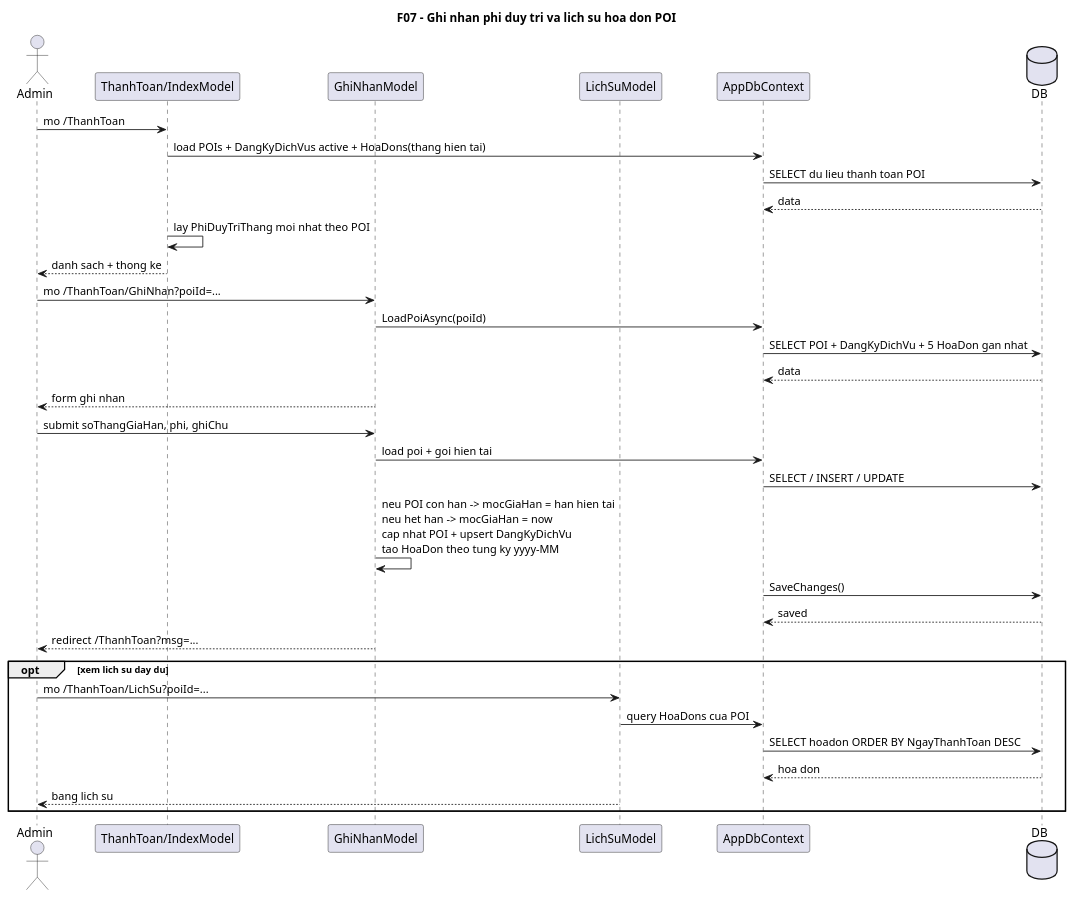
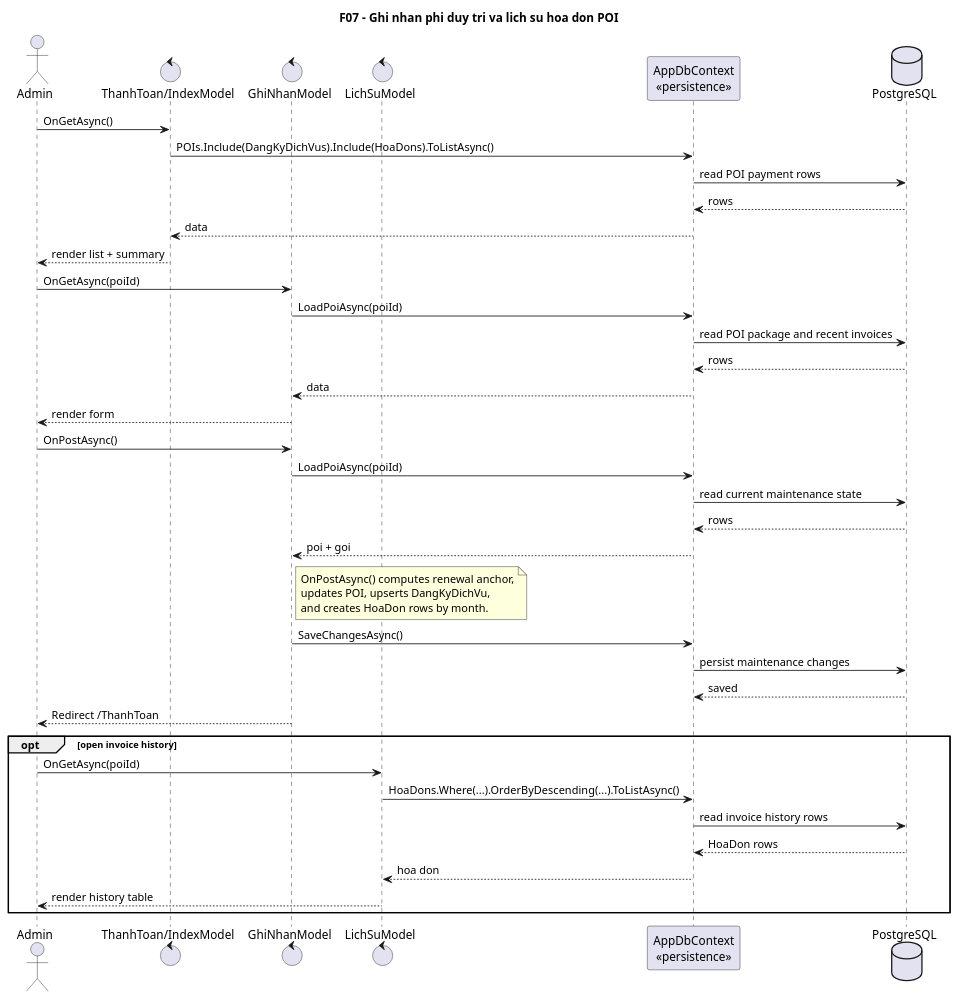
One commit to VoBao182/PhoAmThuc changed the diagram in docs/diagrams/07-maintenance-payment-sequence.puml. Above: the diagram before and after it, drawn with PlantUML. The commit also changed 29 other files, not shown here.

```diff
--- a/docs/diagrams/07-maintenance-payment-sequence.puml
+++ b/docs/diagrams/07-maintenance-payment-sequence.puml
@@ -1,47 +1,57 @@
 @startuml
 ' Diagram: F07 - Ghi nhan phi duy tri va lich su hoa don POI (Sequence)
 ' Status: VERIFIED
-' Baseline: branch master, current worktree @ HEAD 8ed8643
+' Baseline: branch master, current worktree @ HEAD 0121e4f
 ' Source:
 ' - VinhKhanhTour.CMS/Pages/ThanhToan/Index.cshtml.cs: OnGetAsync()
 ' - VinhKhanhTour.CMS/Pages/ThanhToan/GhiNhan.cshtml.cs: OnGetAsync(), OnPostAsync(), LoadPoiAsync()
 ' - VinhKhanhTour.CMS/Pages/ThanhToan/LichSu.cshtml.cs: OnGetAsync()
-' Note: Sequence mo ta chi tiet luong Razor PageModel hien tai, gom moc gia han, upsert DangKyDichVu, va tao HoaDon theo tung thang; khong suy dien them PaymentController du phong.
+' Note: Sequence mo ta luong Razor PageModel o cap method + persistence, khong liet ke cau SQL.
+' Note: Luong gom moc gia han, upsert DangKyDichVu, va tao HoaDon theo tung thang; khong suy dien them PaymentController du phong.
 title F07 - Ghi nhan phi duy tri va lich su hoa don POI
 
 actor Admin
-participant "ThanhToan/IndexModel" as IndexModel
-participant "GhiNhanModel" as GhiNhanModel
-participant "LichSuModel" as LichSuModel
-participant AppDbContext
-database DB
+control "ThanhToan/IndexModel" as IndexModel
+control "GhiNhanModel" as GhiNhanModel
+control "LichSuModel" as LichSuModel
+participant "AppDbContext\n<<persistence>>" as DbContext
+database "PostgreSQL" as DB
 
-Admin -> IndexModel: mo /ThanhToan
-IndexModel -> AppDbContext: load POIs + DangKyDichVus active + HoaDons(thang hien tai)
-AppDbContext -> DB: SELECT du lieu thanh toan POI
-DB --> AppDbContext: data
-IndexModel -> IndexModel: lay PhiDuyTriThang moi nhat theo POI
-IndexModel --> Admin: danh sach + thong ke
+Admin -> IndexModel: OnGetAsync()
+IndexModel -> DbContext: POIs.Include(DangKyDichVus).Include(HoaDons).ToListAsync()
+DbContext -> DB: read POI payment rows
+DB --> DbContext: rows
+DbContext --> IndexModel: data
+IndexModel --> Admin: render list + summary
 
-Admin -> GhiNhanModel: mo /ThanhToan/GhiNhan?poiId=...
-GhiNhanModel -> AppDbContext: LoadPoiAsync(poiId)
-AppDbContext -> DB: SELECT POI + DangKyDichVu + 5 HoaDon gan nhat
-DB --> AppDbContext: data
-GhiNhanModel --> Admin: form ghi nhan
+Admin -> GhiNhanModel: OnGetAsync(poiId)
+GhiNhanModel -> DbContext: LoadPoiAsync(poiId)
+DbContext -> DB: read POI package and recent invoices
+DB --> DbContext: rows
+DbContext --> GhiNhanModel: data
+GhiNhanModel --> Admin: render form
 
-Admin -> GhiNhanModel: submit soThangGiaHan, phi, ghiChu
-GhiNhanModel -> AppDbContext: load poi + goi hien tai
-AppDbContext -> DB: SELECT / INSERT / UPDATE
-GhiNhanModel -> GhiNhanModel: neu POI con han -> mocGiaHan = han hien tai\nneu het han -> mocGiaHan = now\ncap nhat POI + upsert DangKyDichVu\ntao HoaDon theo tung ky yyyy-MM
-AppDbContext -> DB: SaveChanges()
-DB --> AppDbContext: saved
-GhiNhanModel --> Admin: redirect /ThanhToan?msg=...
+Admin -> GhiNhanModel: OnPostAsync()
+GhiNhanModel -> DbContext: LoadPoiAsync(poiId)
+DbContext -> DB: read current maintenance state
+DB --> DbContext: rows
+DbContext --> GhiNhanModel: poi + goi
+note right of GhiNhanModel
+  OnPostAsync() computes renewal anchor,
+  updates POI, upserts DangKyDichVu,
+  and creates HoaDon rows by month.
+end note
+GhiNhanModel -> DbContext: SaveChangesAsync()
+DbContext -> DB: persist maintenance changes
+DB --> DbContext: saved
+GhiNhanModel --> Admin: Redirect /ThanhToan
 
-opt xem lich su day du
-  Admin -> LichSuModel: mo /ThanhToan/LichSu?poiId=...
-  LichSuModel -> AppDbContext: query HoaDons cua POI
-  AppDbContext -> DB: SELECT hoadon ORDER BY NgayThanhToan DESC
-  DB --> AppDbContext: hoa don
-  LichSuModel --> Admin: bang lich su
+opt open invoice history
+  Admin -> LichSuModel: OnGetAsync(poiId)
+  LichSuModel -> DbContext: HoaDons.Where(...).OrderByDescending(...).ToListAsync()
+  DbContext -> DB: read invoice history rows
+  DB --> DbContext: HoaDon rows
+  DbContext --> LichSuModel: hoa don
+  LichSuModel --> Admin: render history table
 end
 @enduml
```
